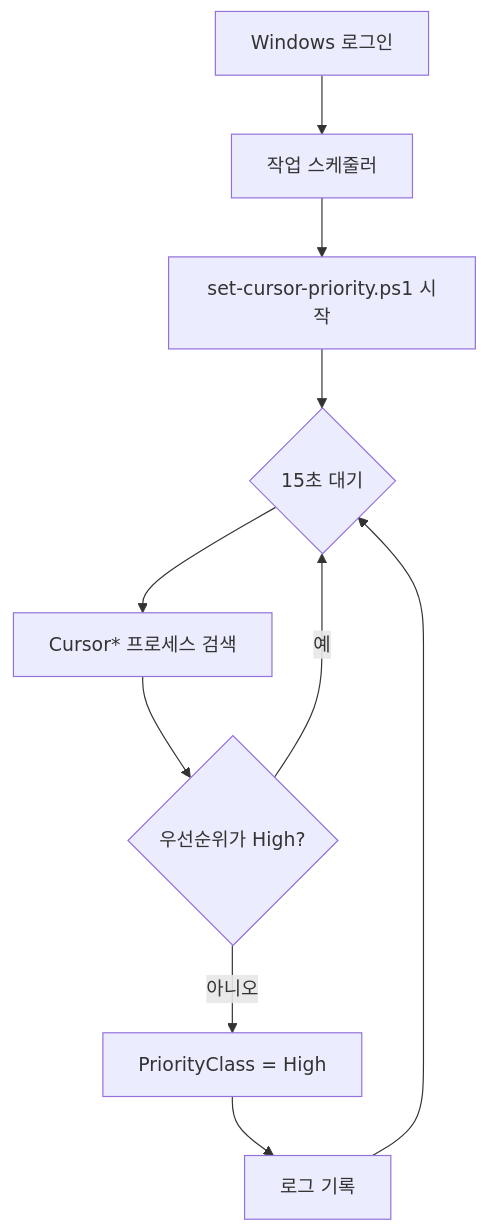
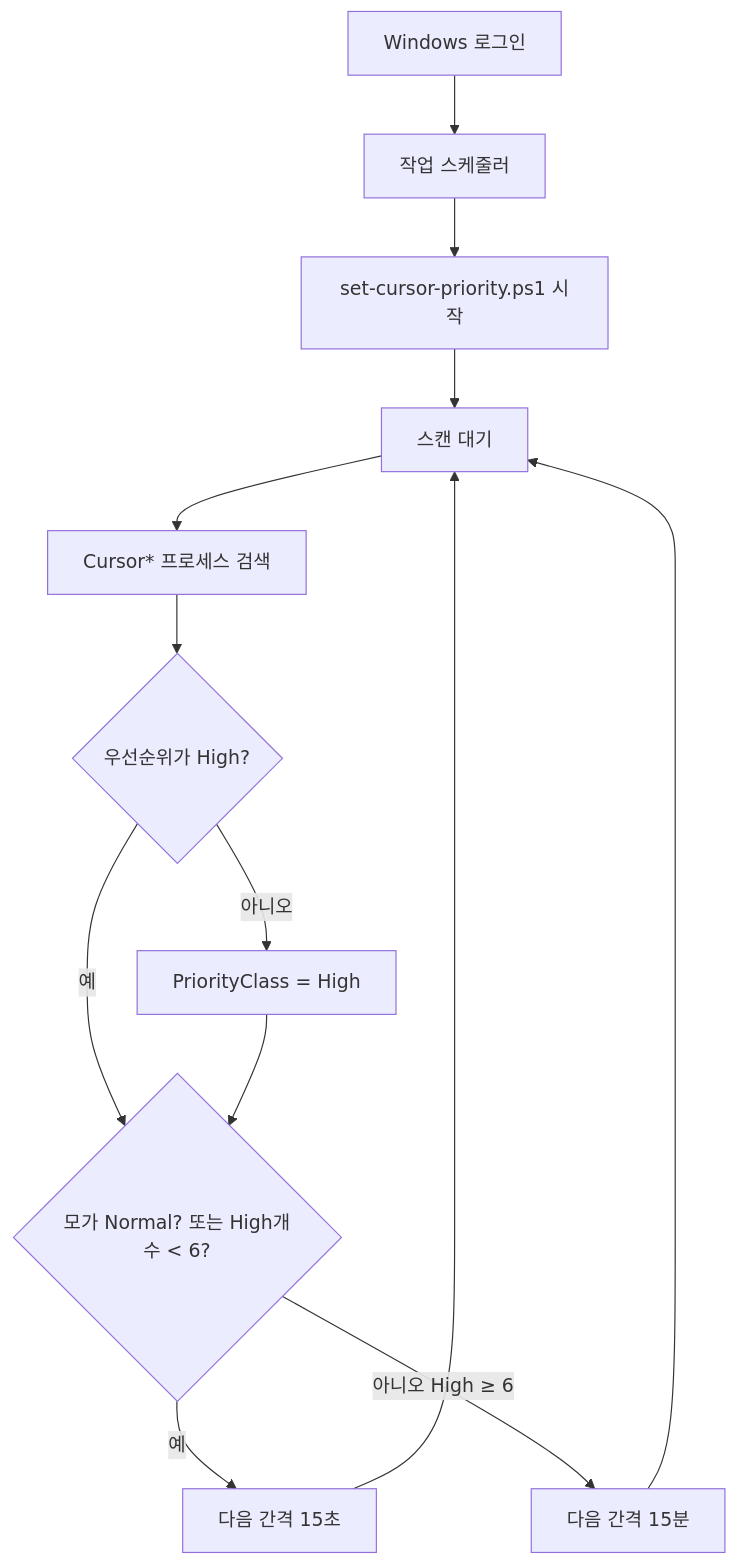
One commit to gjtuc/cursor_faster changed the diagram in README.md. Above: the diagram before and after it, drawn with Mermaid. The commit also changed other lines of this file and 3 other files, not shown here.

First line of the commit message:
Adapt scan interval: 15s until High>=6, then 15m; reset on main Normal.

````diff
--- a/README.md
+++ b/README.md
@@ -114,12 +115,15 @@
 ```mermaid
 flowchart TD
     A[Windows 로그인] --> B[작업 스케줄러]
     B --> C[set-cursor-priority.ps1 시작]
-    C --> D{15초 대기}
+    C --> D[스캔 대기]
     D --> E[Cursor* 프로세스 검색]
     E --> F{우선순위가 High?}
     F -->|아니오| G[PriorityClass = High]
-    F -->|예| D
-    G --> H[로그 기록]
-    H --> D
+    F -->|예| H{모가 Normal? 또는 High개수 < 6?}
+    G --> H
+    H -->|예| I[다음 간격 15초]
+    H -->|아니오 High ≥ 6| J[다음 간격 15분]
+    I --> D
+    J --> D
 ```
````
